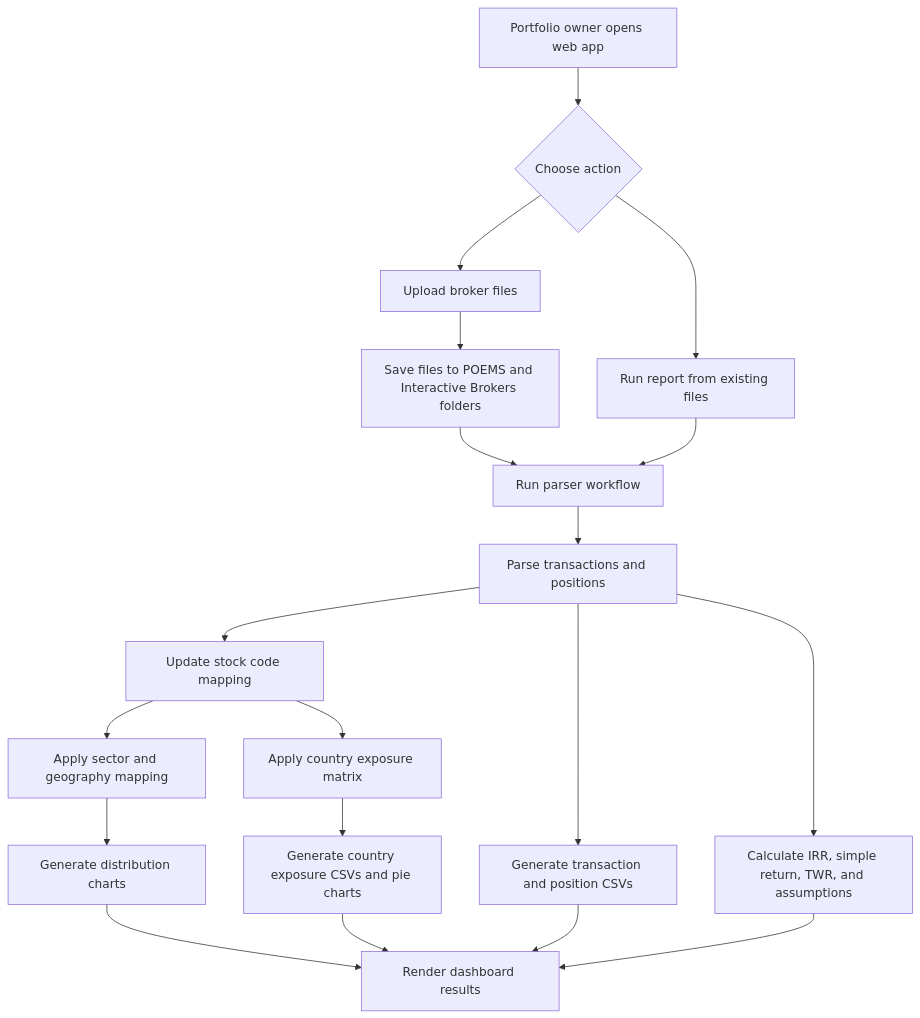
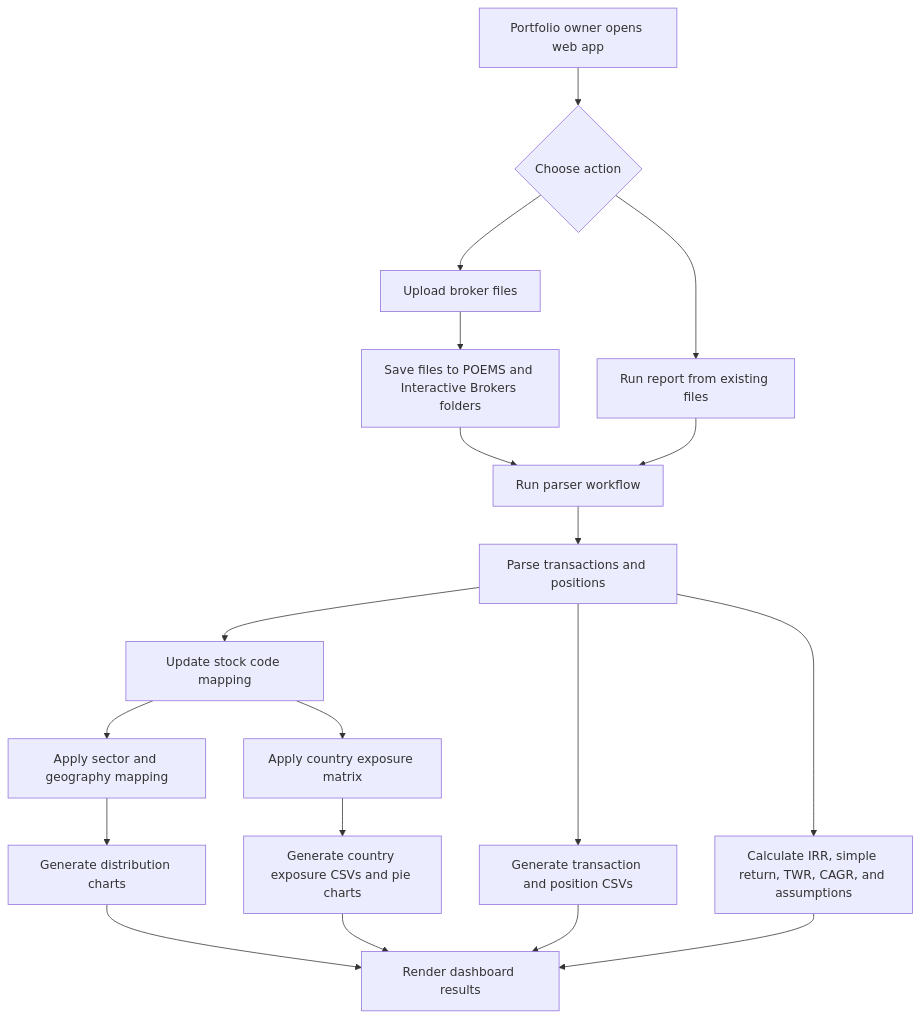
One commit to Joshua-project-code/Portfolio-Tracker changed the first of 3 diagrams in docs/USER_STORIES.md. Above: the diagram before and after it, drawn with Mermaid. The commit also changed other lines of this file and 6 other files, not shown here.

````diff
--- a/docs/USER_STORIES.md
+++ b/docs/USER_STORIES.md
@@ -250,21 +279,21 @@
 ```mermaid
 flowchart TD
     A[Portfolio owner opens web app] --> B{Choose action}
     B --> C[Upload broker files]
     B --> D[Run report from existing files]
     C --> E[Save files to POEMS and Interactive Brokers folders]
     E --> F[Run parser workflow]
     D --> F
     F --> G[Parse transactions and positions]
     G --> H[Update stock code mapping]
     H --> I[Apply sector and geography mapping]
     H --> J[Apply country exposure matrix]
-    G --> O[Calculate IRR, simple return, TWR, and assumptions]
+    G --> O[Calculate IRR, simple return, TWR, CAGR, and assumptions]
     I --> K[Generate distribution charts]
     J --> L[Generate country exposure CSVs and pie charts]
     G --> M[Generate transaction and position CSVs]
     K --> N[Render dashboard results]
     L --> N
     M --> N
     O --> N
 ```
````
